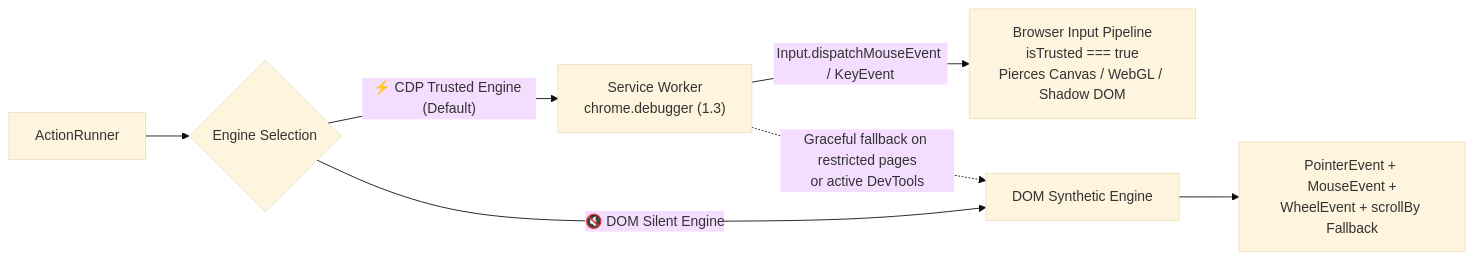
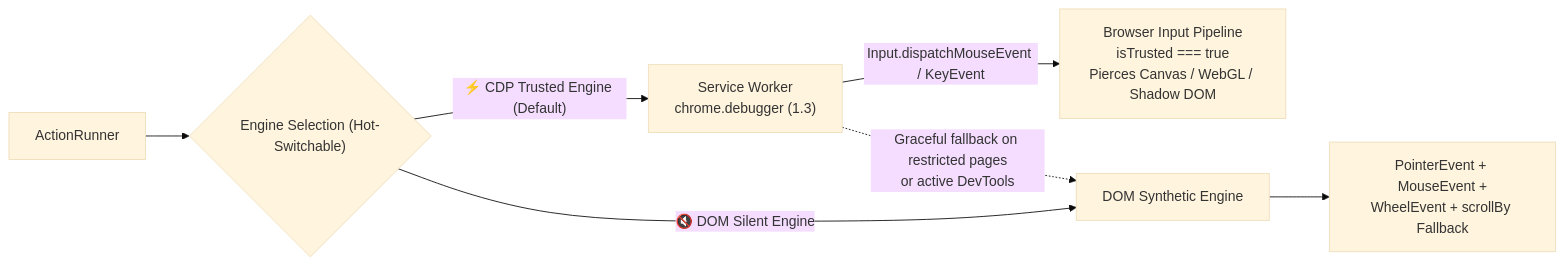
Before and after one commit to littepointR/autoclick-anywhere: the diagram in README.en.md, drawn with Mermaid (base theme). The commit also changed other lines of this file and 28 other files, not shown here.

Commit message:
feat: v1.1.0 unified flowchart, skill CD, pause/stop, per-page HUD & store submission kit

````diff
--- a/README.en.md
+++ b/README.en.md
@@ -28,9 +28,9 @@
 ```mermaid
 flowchart LR
-    Runner["ActionRunner"] --> Mode{"Engine Selection"}
+    Runner["ActionRunner"] --> Mode{"Engine Selection (Hot-Switchable)"}
     Mode -- "⚡ CDP Trusted Engine (Default)" --> SW["Service Worker<br/>chrome.debugger (1.3)"]
     SW -- "Input.dispatchMouseEvent / KeyEvent" --> Browser["Browser Input Pipeline<br/>isTrusted === true<br/>Pierces Canvas / WebGL / Shadow DOM"]
     SW -. "Graceful fallback on restricted pages<br/>or active DevTools" .-> DOM["DOM Synthetic Engine"]
     Mode -- "🔇 DOM Silent Engine" --> DOM
     DOM --> Events["PointerEvent + MouseEvent +<br/>WheelEvent + scrollBy Fallback"]
 ```
````
